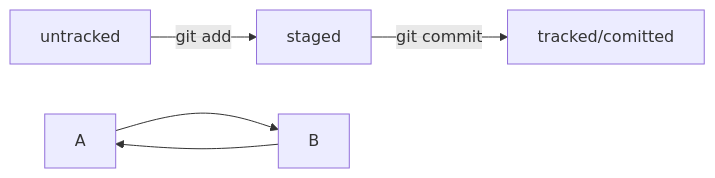
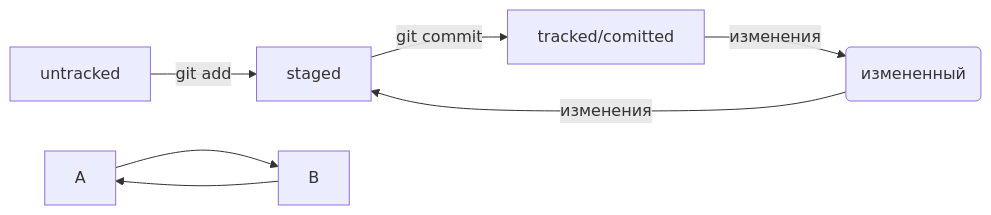
The diagram in README.md (Rus-tem/to_start_learning_java), drawn with Mermaid before and after one commit.

Commit message:
Изменение mermaid-схемы

````diff
--- a/README.md
+++ b/README.md
@@ -108,9 +108,10 @@
 ```mermaid
 graph LR;
   untracked -- "git add" --> staged;
   staged    -- "git commit"     --> tracked/comitted;
-
+  tracked/comitted -- "изменения"	--> modified(измененный);
+  modified(измененный) -- "изменения" --> staged;
 %% стрелка без текста для примера: 
   A --> B;
   B --> A;
 ```
````
